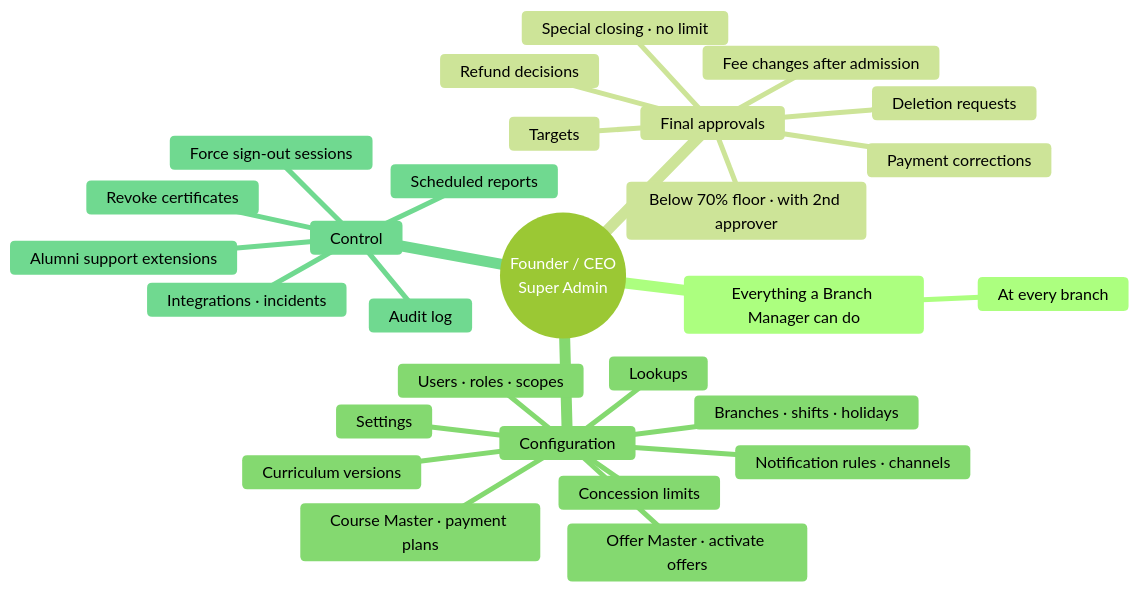
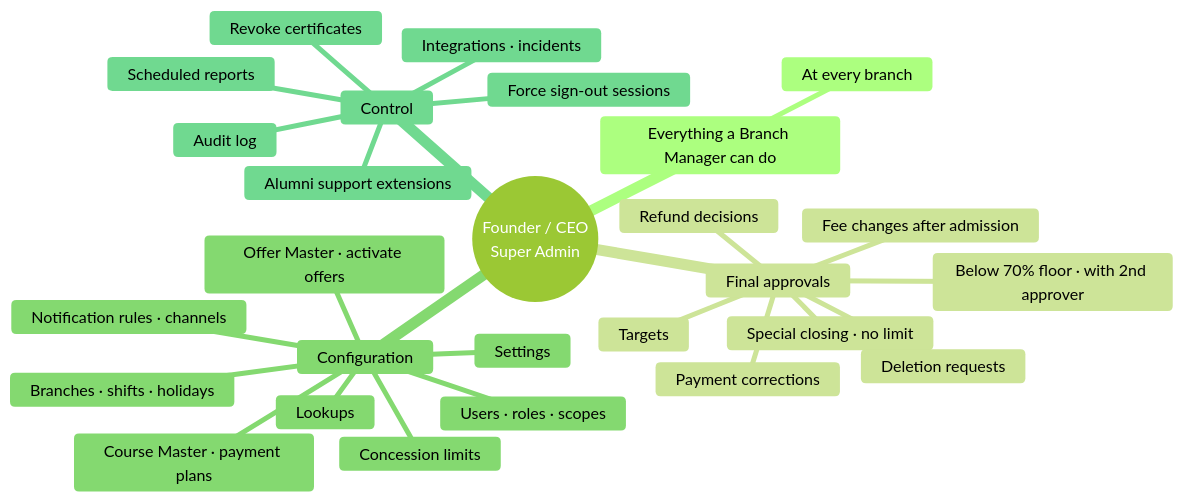
Before and after one commit to misterpk-18/nipunacrm: the tenth of 18 diagrams in docs/PRODUCT_GUIDE.md, drawn with Mermaid (forest theme). The commit also changed other lines of this file and 339 other files, not shown here.

````diff
--- a/docs/PRODUCT_GUIDE.md
+++ b/docs/PRODUCT_GUIDE.md
@@ -628,31 +703,30 @@
 ```mermaid
 mindmap
   root(("Founder / CEO<br/>Super Admin"))
     Everything a Branch Manager can do
       At every branch
     Final approvals
       Special closing · no limit
       Below 70% floor · with 2nd approver
       Payment corrections
       Fee changes after admission
       Refund decisions
       Targets
       Deletion requests
     Configuration
       Users · roles · scopes
       Settings
       Branches · shifts · holidays
       Lookups
       Course Master · payment plans
       Offer Master · activate offers
       Concession limits
       Notification rules · channels
-      Curriculum versions
     Control
       Integrations · incidents
       Force sign-out sessions
       Audit log
       Scheduled reports
       Alumni support extensions
       Revoke certificates
 ```
````
